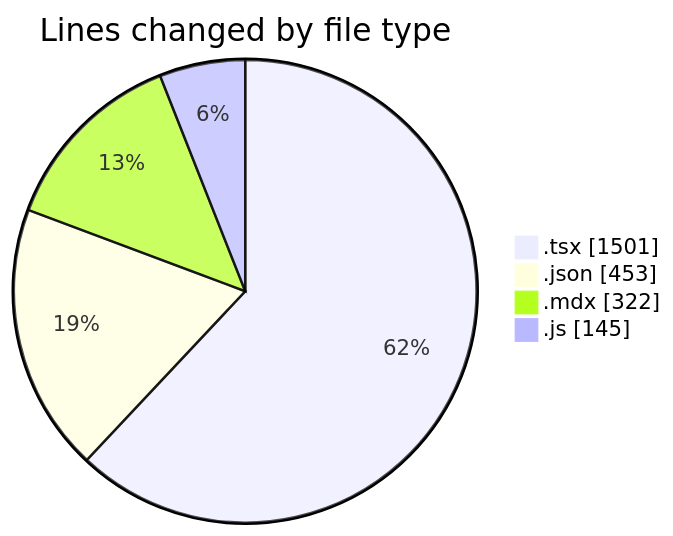
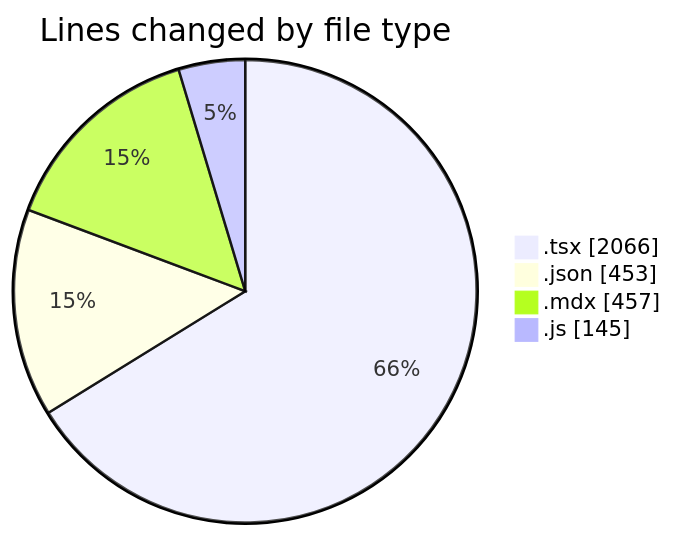
One commit to momahboobian/code-tracking changed the first of 2 diagrams in 2026-01-12/cda/README.md. Above: the diagram before and after it, drawn with Mermaid. The commit also changed other lines of this file and 1 other file, not shown here.

````diff
--- a/2026-01-12/cda/README.md
+++ b/2026-01-12/cda/README.md
@@ -26,8 +26,8 @@
 ```mermaid
 pie showData
 title Lines changed by file type
-".tsx" : 1501
+".tsx" : 2066
 ".json" : 453
-".mdx" : 322
+".mdx" : 457
 ".js" : 145
 ```
````
